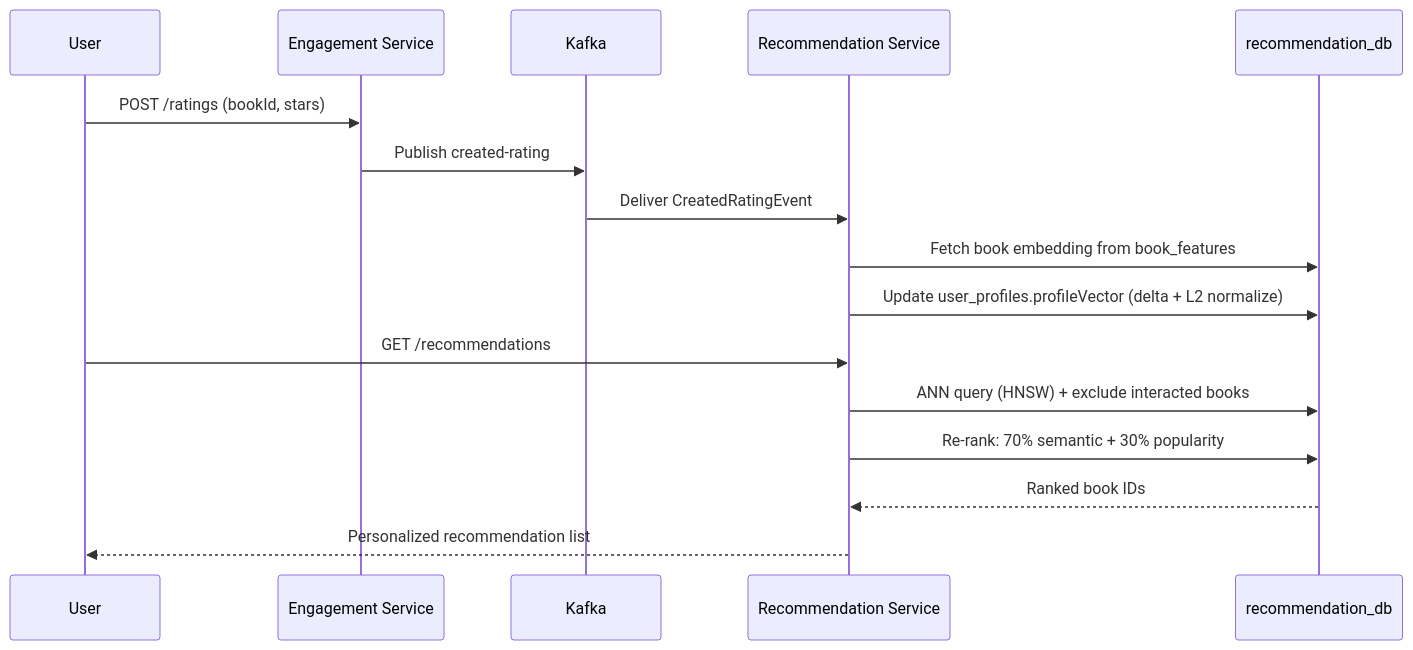
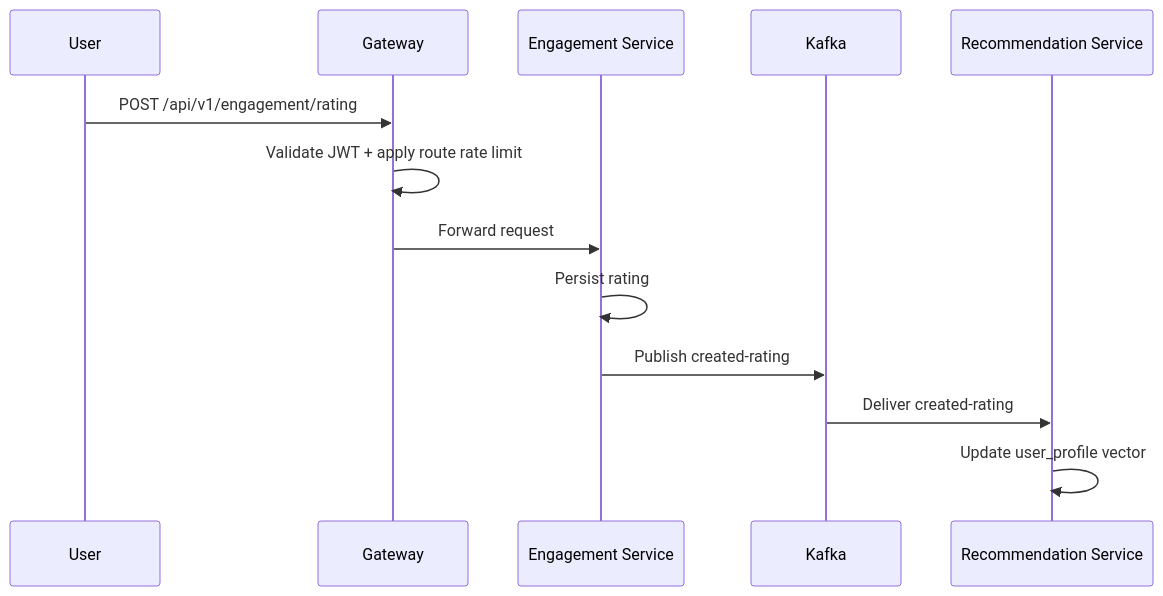
Before and after one commit to Luca5Eckert/VellumHub: the second of 2 diagrams in README.md, drawn with Mermaid. The commit also changed other lines of this file, not shown here.

Commit message:
docs: update README to reflect project overview, architecture, and service details

````diff
--- a/README.md
+++ b/README.md
@@ -376,20 +111,16 @@
 ```mermaid
 sequenceDiagram
-    participant User
-    participant ES as Engagement Service
+    participant U as User
+    participant G as Gateway
+    participant E as Engagement Service
     participant K as Kafka
-    participant RS as Recommendation Service
-    participant DB as recommendation_db
+    participant R as Recommendation Service
 
-    User->>ES: POST /ratings (bookId, stars)
-    ES->>K: Publish created-rating
-    K->>RS: Deliver CreatedRatingEvent
-    RS->>DB: Fetch book embedding from book_features
-    RS->>DB: Update user_profiles.profileVector (delta + L2 normalize)
-
-    User->>RS: GET /recommendations
-    RS->>DB: ANN query (HNSW) + exclude interacted books
-    RS->>DB: Re-rank: 70% semantic + 30% popularity
-    DB-->>RS: Ranked book IDs
-    RS-->>User: Personalized recommendation list
+    U->>G: POST /api/v1/engagement/rating
+    G->>G: Validate JWT + apply route rate limit
+    G->>E: Forward request
+    E->>E: Persist rating
+    E->>K: Publish created-rating
+    K->>R: Deliver created-rating
+    R->>R: Update user_profile vector
 ```
````
